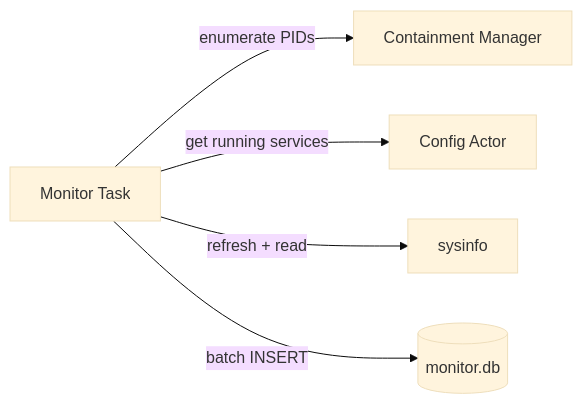
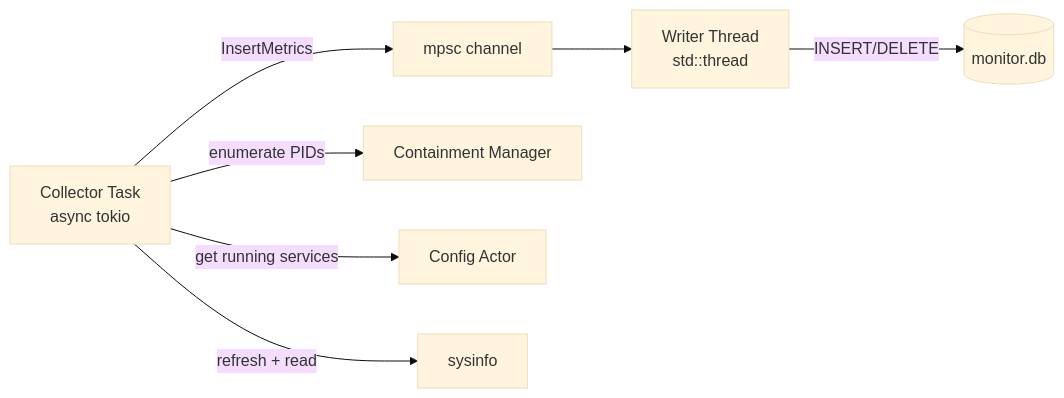
Before and after one commit to maleus-ai/kepler: the tenth of 11 diagrams in docs/architecture.md, drawn with Mermaid (base theme). The commit also changed other lines of this file and 25 other files, not shown here.

````diff
--- a/docs/architecture.md
+++ b/docs/architecture.md
@@ -706,7 +706,9 @@
 ```mermaid
 flowchart LR
-    M[Monitor Task] -->|"enumerate PIDs"| C[Containment Manager]
-    M -->|"get running services"| A[Config Actor]
-    M -->|"refresh + read"| S[sysinfo]
-    M -->|"batch INSERT"| DB[(monitor.db)]
+    C[Collector Task<br/>async tokio] -->|"InsertMetrics"| CH[mpsc channel]
+    CH --> W[Writer Thread<br/>std::thread]
+    W -->|"INSERT/DELETE"| DB[(monitor.db)]
+    C -->|"enumerate PIDs"| CM[Containment Manager]
+    C -->|"get running services"| A[Config Actor]
+    C -->|"refresh + read"| S[sysinfo]
 ```
````
